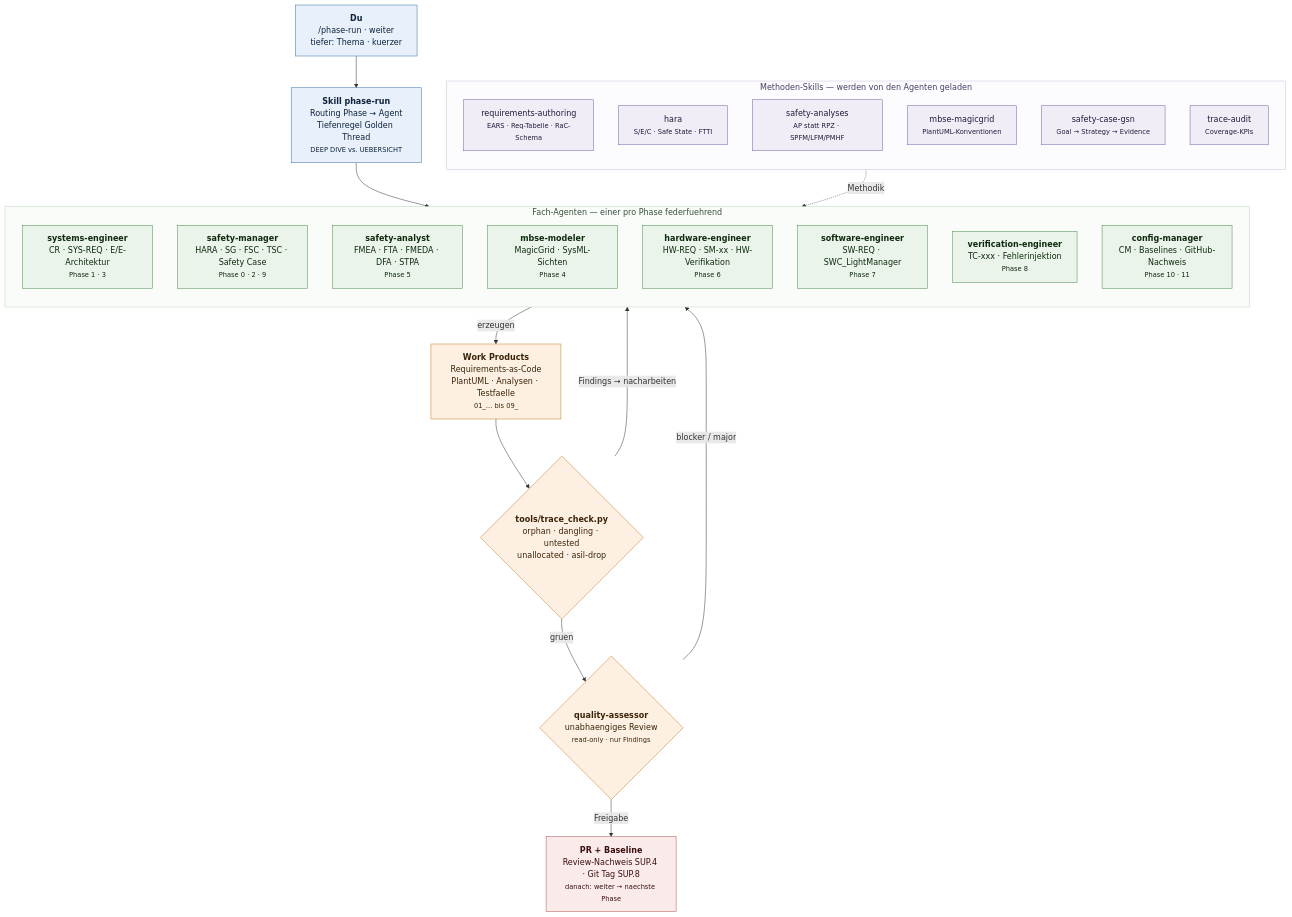
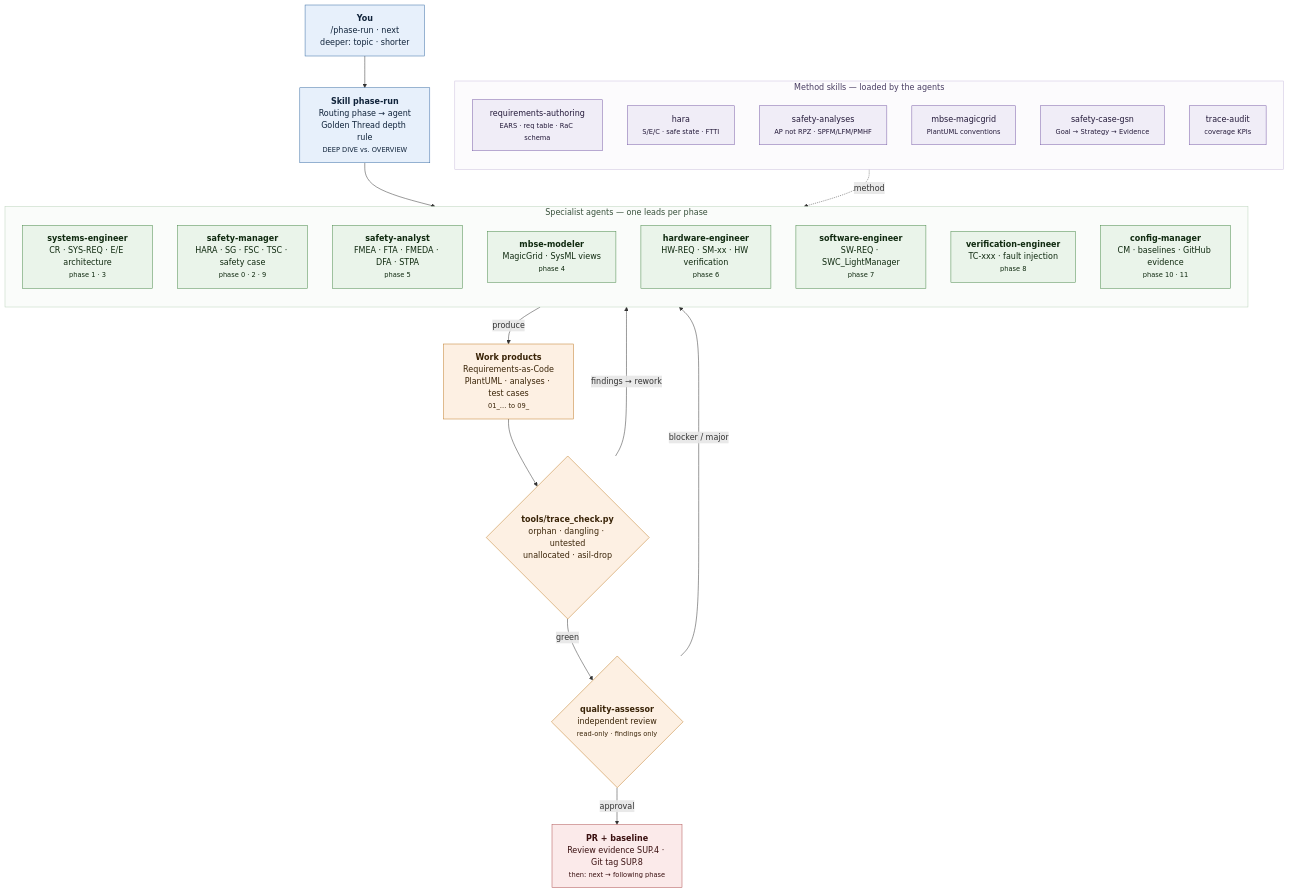
One commit to bny61/beleuchtungssystem-aspice changed the second of 2 diagrams in README.md. Above: the diagram before and after it, drawn with Mermaid. The commit also changed other lines of this file and 17 other files, not shown here.

````diff
--- a/README.md
+++ b/README.md
@@ -111,56 +111,56 @@
 ```mermaid
 flowchart TB
-    U["<b>Du</b><br/>/phase-run · weiter<br/>tiefer: Thema · kuerzer"]
-    SK["<b>Skill phase-run</b><br/>Routing Phase → Agent<br/>Tiefenregel Golden Thread<br/><small>DEEP DIVE vs. UEBERSICHT</small>"]
+    U["<b>You</b><br/>/phase-run · next<br/>deeper: topic · shorter"]
+    SK["<b>Skill phase-run</b><br/>Routing phase → agent<br/>Golden Thread depth rule<br/><small>DEEP DIVE vs. OVERVIEW</small>"]
 
-    subgraph AGENTS["Fach-Agenten — einer pro Phase federfuehrend"]
+    subgraph AGENTS["Specialist agents — one leads per phase"]
         direction TB
-        A1["<b>systems-engineer</b><br/>CR · SYS-REQ · E/E-Architektur<br/><small>Phase 1 · 3</small>"]
-        A2["<b>safety-manager</b><br/>HARA · SG · FSC · TSC · Safety Case<br/><small>Phase 0 · 2 · 9</small>"]
-        A3["<b>safety-analyst</b><br/>FMEA · FTA · FMEDA · DFA · STPA<br/><small>Phase 5</small>"]
-        A4["<b>mbse-modeler</b><br/>MagicGrid · SysML-Sichten<br/><small>Phase 4</small>"]
-        A5["<b>hardware-engineer</b><br/>HW-REQ · SM-xx · HW-Verifikation<br/><small>Phase 6</small>"]
-        A6["<b>software-engineer</b><br/>SW-REQ · SWC_LightManager<br/><small>Phase 7</small>"]
-        A7["<b>verification-engineer</b><br/>TC-xxx · Fehlerinjektion<br/><small>Phase 8</small>"]
-        A8["<b>config-manager</b><br/>CM · Baselines · GitHub-Nachweis<br/><small>Phase 10 · 11</small>"]
+        A1["<b>systems-engineer</b><br/>CR · SYS-REQ · E/E architecture<br/><small>phase 1 · 3</small>"]
+        A2["<b>safety-manager</b><br/>HARA · SG · FSC · TSC · safety case<br/><small>phase 0 · 2 · 9</small>"]
+        A3["<b>safety-analyst</b><br/>FMEA · FTA · FMEDA · DFA · STPA<br/><small>phase 5</small>"]
+        A4["<b>mbse-modeler</b><br/>MagicGrid · SysML views<br/><small>phase 4</small>"]
+        A5["<b>hardware-engineer</b><br/>HW-REQ · SM-xx · HW verification<br/><small>phase 6</small>"]
+        A6["<b>software-engineer</b><br/>SW-REQ · SWC_LightManager<br/><small>phase 7</small>"]
+        A7["<b>verification-engineer</b><br/>TC-xxx · fault injection<br/><small>phase 8</small>"]
+        A8["<b>config-manager</b><br/>CM · baselines · GitHub evidence<br/><small>phase 10 · 11</small>"]
     end
 
-    subgraph METH["Methoden-Skills — werden von den Agenten geladen"]
+    subgraph METH["Method skills — loaded by the agents"]
         direction TB
-        S1["requirements-authoring<br/><small>EARS · Req-Tabelle · RaC-Schema</small>"]
-        S2["hara<br/><small>S/E/C · Safe State · FTTI</small>"]
-        S3["safety-analyses<br/><small>AP statt RPZ · SPFM/LFM/PMHF</small>"]
-        S4["mbse-magicgrid<br/><small>PlantUML-Konventionen</small>"]
+        S1["requirements-authoring<br/><small>EARS · req table · RaC schema</small>"]
+        S2["hara<br/><small>S/E/C · safe state · FTTI</small>"]
+        S3["safety-analyses<br/><small>AP not RPZ · SPFM/LFM/PMHF</small>"]
+        S4["mbse-magicgrid<br/><small>PlantUML conventions</small>"]
         S5["safety-case-gsn<br/><small>Goal → Strategy → Evidence</small>"]
-        S6["trace-audit<br/><small>Coverage-KPIs</small>"]
+        S6["trace-audit<br/><small>coverage KPIs</small>"]
     end
 
-    WP["<b>Work Products</b><br/>Requirements-as-Code<br/>PlantUML · Analysen · Testfaelle<br/><small>01_… bis 09_</small>"]
+    WP["<b>Work products</b><br/>Requirements-as-Code<br/>PlantUML · analyses · test cases<br/><small>01_… to 09_</small>"]
     TCK{"<b>tools/trace_check.py</b><br/>orphan · dangling · untested<br/>unallocated · asil-drop"}
-    QA{"<b>quality-assessor</b><br/>unabhaengiges Review<br/><small>read-only · nur Findings</small>"}
-    OUT["<b>PR + Baseline</b><br/>Review-Nachweis SUP.4 · Git Tag SUP.8<br/><small>danach: weiter → naechste Phase</small>"]
+    QA{"<b>quality-assessor</b><br/>independent review<br/><small>read-only · findings only</small>"}
+    OUT["<b>PR + baseline</b><br/>Review evidence SUP.4 · Git tag SUP.8<br/><small>then: next → following phase</small>"]
 
     U --> SK
     SK --> AGENTS
-    METH -.->|"Methodik"| AGENTS
-    AGENTS -->|"erzeugen"| WP
+    METH -.->|"method"| AGENTS
+    AGENTS -->|"produce"| WP
     WP --> TCK
-    TCK -->|"Findings → nacharbeiten"| AGENTS
-    TCK -->|"gruen"| QA
+    TCK -->|"findings → rework"| AGENTS
+    TCK -->|"green"| QA
     QA -->|"blocker / major"| AGENTS
-    QA -->|"Freigabe"| OUT
+    QA -->|"approval"| OUT
 
     classDef user fill:#e7f0fb,stroke:#3b6ea5,color:#10233a
     classDef agent fill:#eaf4ea,stroke:#4a8a4a,color:#102a10
     classDef skill fill:#f0edf7,stroke:#7a5ea8,color:#241a3a
     classDef gate fill:#fdf0e3,stroke:#c07d29,color:#3a2408
     classDef out fill:#fbeaea,stroke:#b05252,color:#3a1010
     class U,SK user
     class A1,A2,A3,A4,A5,A6,A7,A8 agent
     class S1,S2,S3,S4,S5,S6 skill
     class WP,TCK,QA gate
     class OUT out
 
     style AGENTS fill:#fafcfa,stroke:#bcd4bc,color:#37503a
     style METH fill:#fcfbfd,stroke:#cbc0dd,color:#4a3e63
 ```
````
